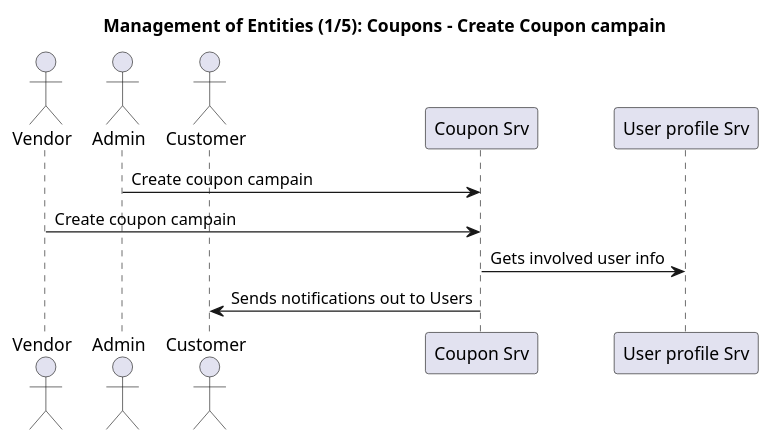
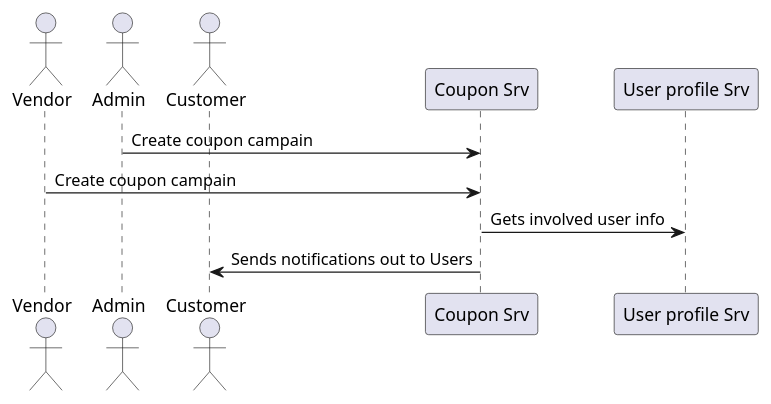
The diagram in sequence-diagrams/puml/coupons-create.puml (icedhacker/architecture-katas), drawn with PlantUML before and after one commit.

```diff
--- a/sequence-diagrams/puml/coupons-create.puml
+++ b/sequence-diagrams/puml/coupons-create.puml
@@ -1,15 +1,14 @@
 @startuml
-title: Management of Entities (1/5): Coupons - Create Coupon campain
 
 actor "Vendor" as V
 actor "Admin" as A
 actor "Customer" as U
 participant "Coupon Srv" as C
 participant "User profile Srv" as UP
 
 
 A -> C : Create coupon campain
 V -> C : Create coupon campain
 C -> UP : Gets involved user info
 C -> U : Sends notifications out to Users
 @enduml
```
